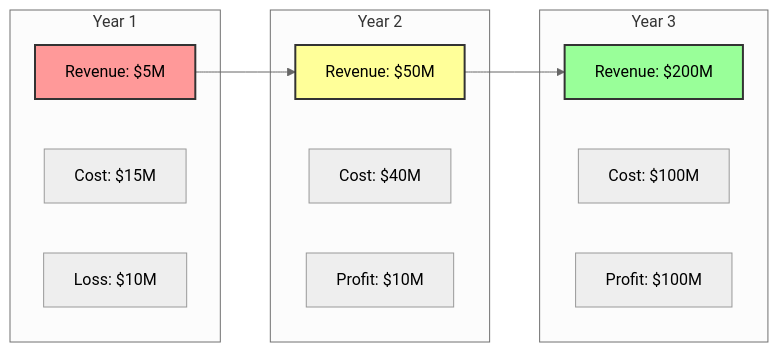
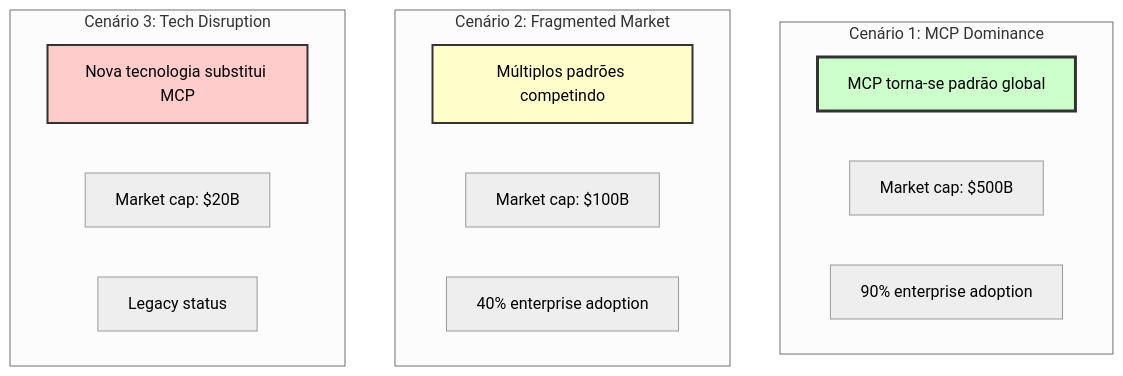
One commit to felipepimentel/my-public-notes changed the eighth of 10 diagrams in docs/AI/Comunicação/MCP/16-mcp-analise preditiva.md. Above: the diagram before and after it, drawn with Mermaid (neutral theme). The commit also changed other lines of this file and 2 other files, not shown here.

````diff
--- a/docs/AI/Comunicação/MCP/16-mcp-analise preditiva.md
+++ b/docs/AI/Comunicação/MCP/16-mcp-analise preditiva.md
@@ -558,27 +318,24 @@
 ```mermaid
-graph LR
-    subgraph "Year 1"
-        Y1[Revenue: $5M]
-        C1[Cost: $15M]
-        L1[Loss: $10M]
+graph TD
+    subgraph "Cenário 1: MCP Dominance"
+        S1A[MCP torna-se padrão global]
+        S1B[Market cap: $500B]
+        S1C[90% enterprise adoption]
     end
     
-    subgraph "Year 2"
-        Y2[Revenue: $50M]
-        C2[Cost: $40M]
-        P2[Profit: $10M]
+    subgraph "Cenário 2: Fragmented Market"
+        S2A[Múltiplos padrões competindo]
+        S2B[Market cap: $100B]
+        S2C[40% enterprise adoption]
     end
     
-    subgraph "Year 3"
-        Y3[Revenue: $200M]
-        C3[Cost: $100M]
-        P3[Profit: $100M]
+    subgraph "Cenário 3: Tech Disruption"
+        S3A[Nova tecnologia substitui MCP]
+        S3B[Market cap: $20B]
+        S3C[Legacy status]
     end
     
-    Y1 --> Y2
-    Y2 --> Y3
-    
-    style Y1 fill:#f99,stroke:#333,stroke-width:2px
-    style Y2 fill:#ff9,stroke:#333,stroke-width:2px
-    style Y3 fill:#9f9,stroke:#333,stroke-width:2px
+    style S1A fill:#cfc,stroke:#333,stroke-width:3px
+    style S2A fill:#ffc,stroke:#333,stroke-width:2px
+    style S3A fill:#fcc,stroke:#333,stroke-width:2px
 ```
````
